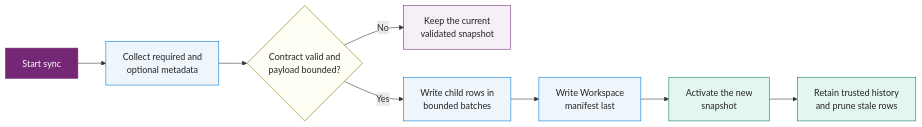
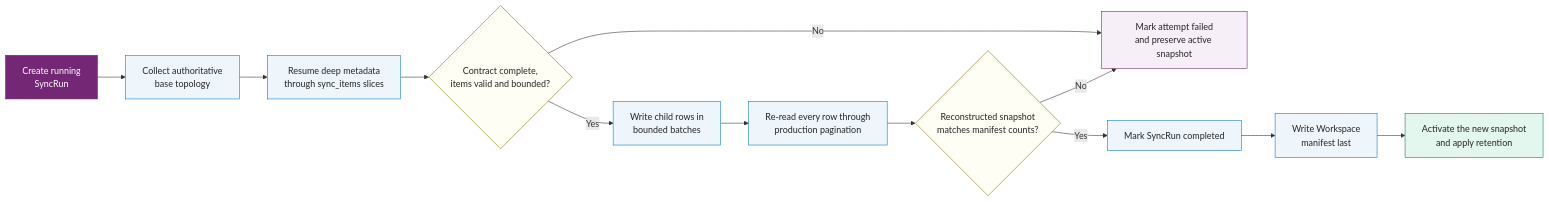
One commit to fredgis/FabricAtlas changed the second of 2 diagrams in docs/fabric-atlas-whitepaper.md. Above: the diagram before and after it, drawn with Mermaid. The commit also changed other lines of this file and 23 other files, not shown here.

````diff
--- a/docs/fabric-atlas-whitepaper.md
+++ b/docs/fabric-atlas-whitepaper.md
@@ -492,22 +509,26 @@
 ```mermaid
 flowchart LR
-  S["Start sync"] --> C["Collect required and\noptional metadata"]
-  C --> V{"Contract valid and\npayload bounded?"}
-  V -->|No| K["Keep the current\nvalidated snapshot"]
+  S["Create running\nSyncRun"] --> B["Collect authoritative\nbase topology"]
+  B --> C["Resume deep metadata\nthrough sync_items slices"]
+  C --> V{"Contract complete,\nitems valid and bounded?"}
+  V -->|No| F["Mark attempt failed\nand preserve active snapshot"]
   V -->|Yes| W["Write child rows in\nbounded batches"]
-  W --> M["Write Workspace\nmanifest last"]
-  M --> A["Activate the new\nsnapshot"]
-  A --> R["Retain trusted history\nand prune stale rows"]
+  W --> P["Re-read every row through\nproduction pagination"]
+  P --> R{"Reconstructed snapshot\nmatches manifest counts?"}
+  R -->|No| F
+  R -->|Yes| T["Mark SyncRun completed"]
+  T --> M["Write Workspace\nmanifest last"]
+  M --> A["Activate the new snapshot\nand apply retention"]
 
   classDef start fill:#742774,stroke:#742774,color:#ffffff;
   classDef process fill:#eef6fc,stroke:#0078d4,color:#242424;
   classDef decision fill:#fffef5,stroke:#817400,color:#242424;
   classDef safe fill:#e3f7ef,stroke:#117865,color:#242424;
   classDef fallback fill:#f7eff8,stroke:#742774,color:#242424;
 
   class S start;
-  class C,W,M process;
-  class V decision;
-  class A,R safe;
-  class K fallback;
+  class B,C,W,P,T,M process;
+  class V,R decision;
+  class A safe;
+  class F fallback;
 ```
````
